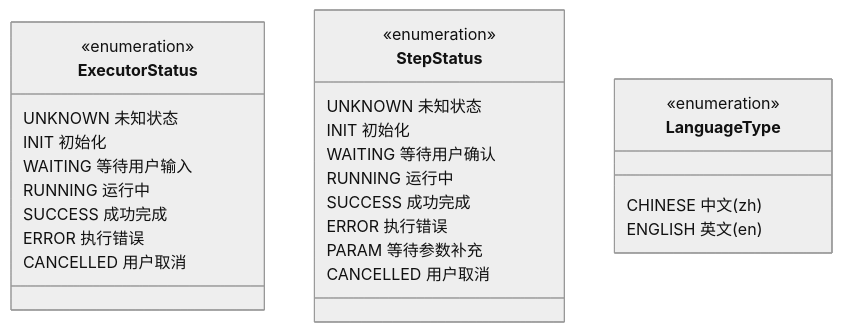
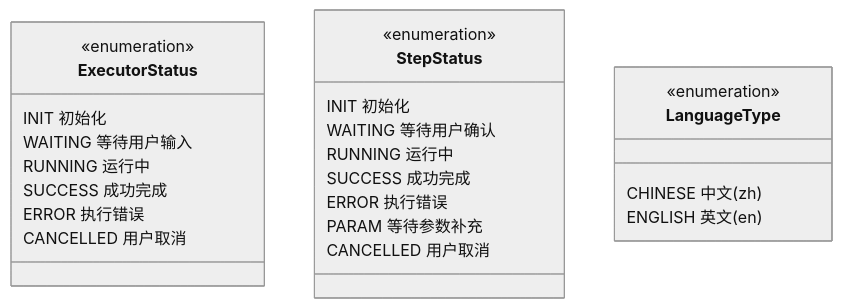
The ninth of 13 diagrams in design/executor/agent.md (openeuler-mirror/euler-copilot-framework), drawn with Mermaid (neutral theme) before and after one commit. The commit also changed other lines of this file and 13 other files, not shown here.

````diff
--- a/design/executor/agent.md
+++ b/design/executor/agent.md
@@ -790,31 +790,29 @@
 ```mermaid
 classDiagram
     class ExecutorStatus {
         <<enumeration>>
-        UNKNOWN 未知状态
         INIT 初始化
         WAITING 等待用户输入
         RUNNING 运行中
         SUCCESS 成功完成
         ERROR 执行错误
         CANCELLED 用户取消
     }
 
     class StepStatus {
         <<enumeration>>
-        UNKNOWN 未知状态
         INIT 初始化
         WAITING 等待用户确认
         RUNNING 运行中
         SUCCESS 成功完成
         ERROR 执行错误
         PARAM 等待参数补充
         CANCELLED 用户取消
     }
 
     class LanguageType {
         <<enumeration>>
         CHINESE 中文(zh)
         ENGLISH 英文(en)
     }
 ```
````
